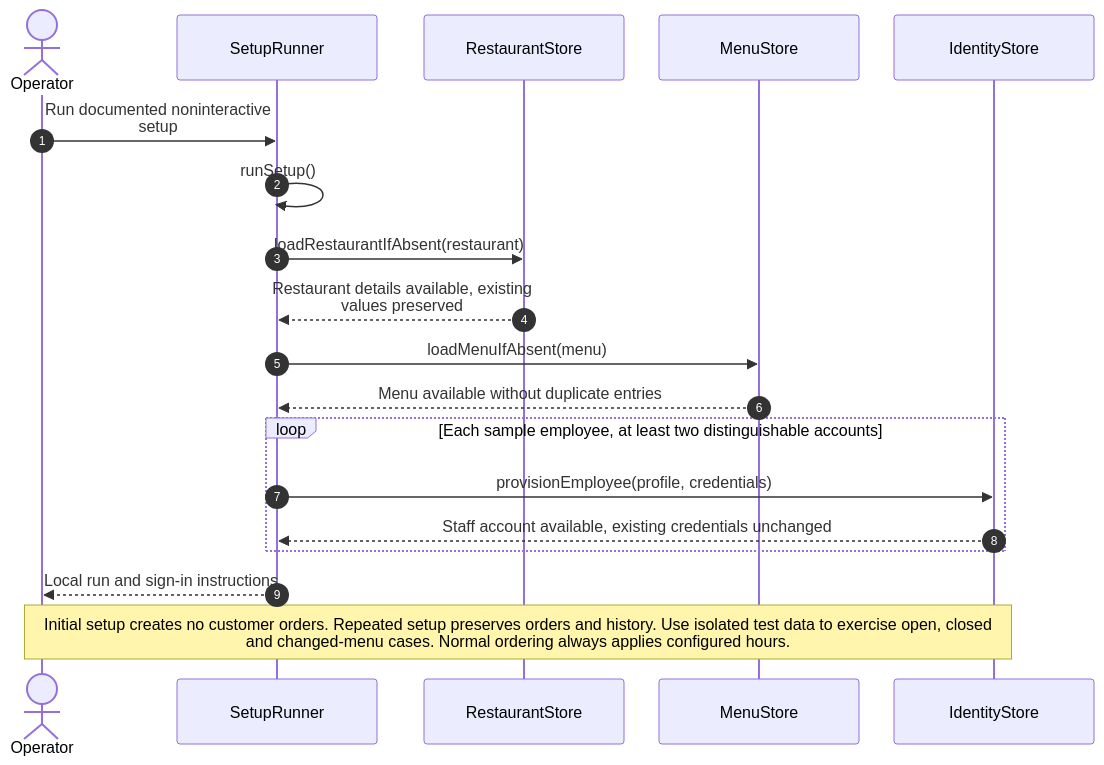
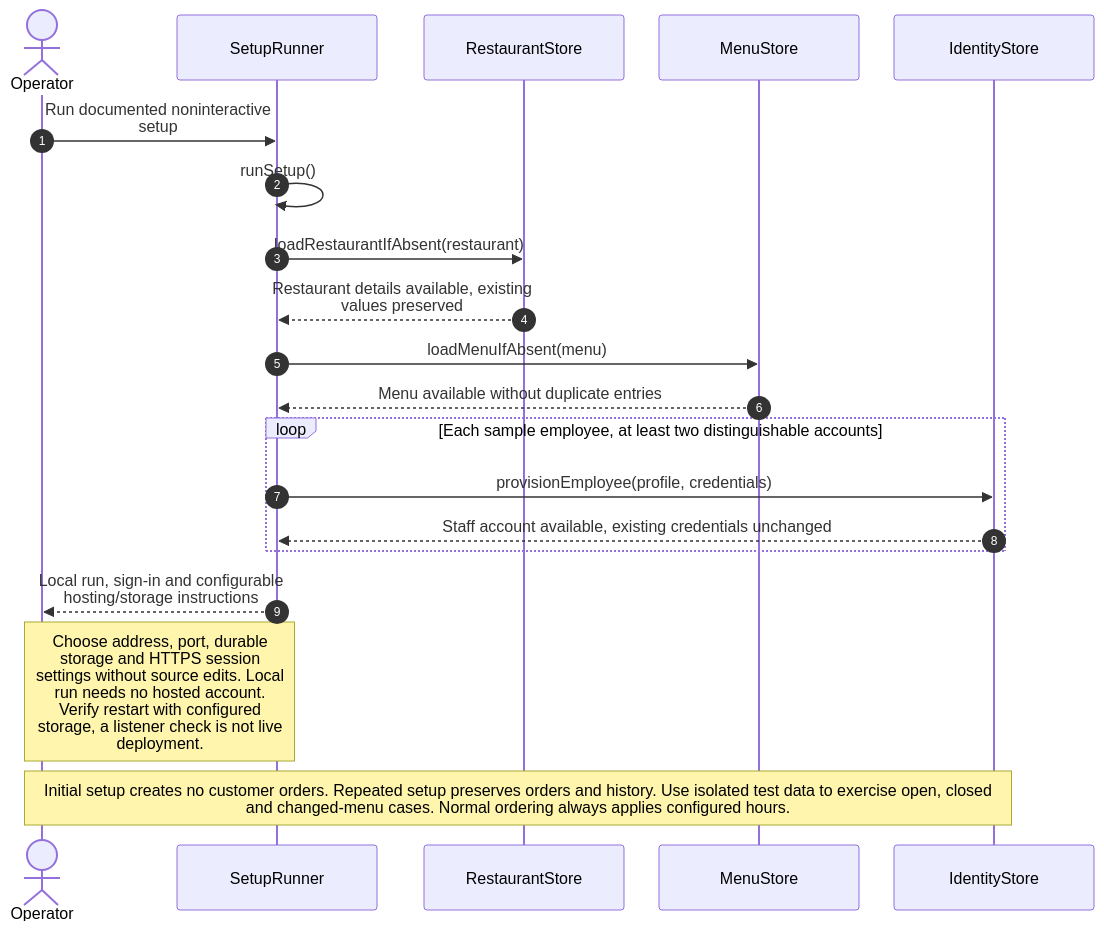
One commit to axantillon/mesa-tica changed the diagram in design/diagrams/S1-setup.mmd. Above: the diagram before and after it, drawn with Mermaid. The commit also changed 14 other files, not shown here.

```diff
--- a/design/diagrams/S1-setup.mmd
+++ b/design/diagrams/S1-setup.mmd
@@ -1,20 +1,21 @@
 %%{init: {"sequence": {"wrap": true, "width": 200, "actorMargin": 35}}}%%
 sequenceDiagram
     autonumber
     actor Operator
     participant Run as SetupRunner
     participant R as RestaurantStore
     participant M as MenuStore
     participant I as IdentityStore
     Operator->>Run: Run documented noninteractive setup
     Run->>Run: runSetup()
     Run->>R: loadRestaurantIfAbsent(restaurant)
     R-->>Run: Restaurant details available, existing values preserved
     Run->>M: loadMenuIfAbsent(menu)
     M-->>Run: Menu available without duplicate entries
     loop Each sample employee, at least two distinguishable accounts
     Run->>I: provisionEmployee(profile, credentials)
     I-->>Run: Staff account available, existing credentials unchanged
     end
-    Run-->>Operator: Local run and sign-in instructions
+    Run-->>Operator: Local run, sign-in and configurable hosting/storage instructions
+    Note over Operator,Run: Choose address, port, durable storage and HTTPS session settings without source edits. Local run needs no hosted account. Verify restart with configured storage, a listener check is not live deployment.
     Note over Operator,I: Initial setup creates no customer orders. Repeated setup preserves orders and history. Use isolated test data to exercise open, closed and changed-menu cases. Normal ordering always applies configured hours.
```
